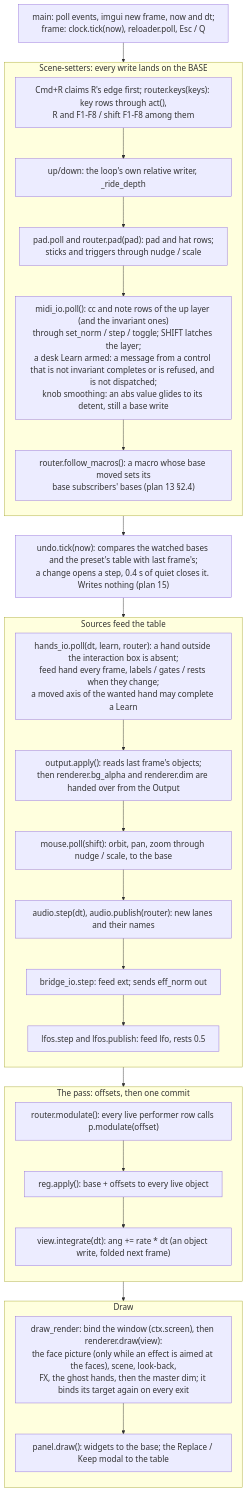
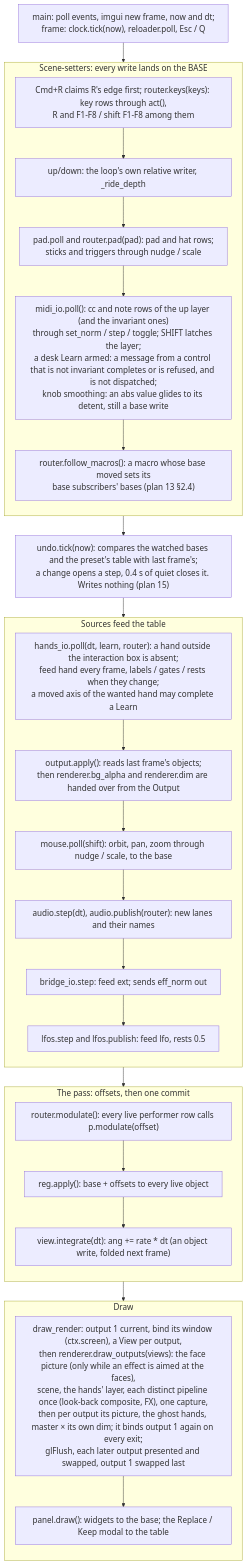
One commit to Cutaiar/hyperspace changed the diagram in hyperspace-python/docs/ARCHITECTURE.md. Above: the diagram before and after it, drawn with Mermaid. The commit also changed other lines of this file and 2 other files, not shown here.

First line of the commit message:
Plan 21 WP7: hand checks group Q (99-112), ARCHITECTURE and ENGINEERING

````diff
--- a/hyperspace-python/docs/ARCHITECTURE.md
+++ b/hyperspace-python/docs/ARCHITECTURE.md
@@ -78,43 +80,43 @@
 ```mermaid
 %%{init: {"themeVariables": {"fontSize": "18px"}, "flowchart": {"nodeSpacing": 28, "rankSpacing": 44, "wrappingWidth": 420}}}%%
 flowchart TB
     S0["main: poll events, imgui new frame, now and dt;<br/>frame: clock.tick(now), reloader.poll, Esc / Q"]
     subgraph setters ["Scene-setters: every write lands on the BASE"]
         direction TB
         S1["Cmd+R claims R's edge first; router.keys(keys): key rows through act(),<br/>R and F1-F8 / shift F1-F8 among them"]
         S2["up/down: the loop's own relative writer, _ride_depth"]
         S3["pad.poll and router.pad(pad): pad and hat rows;<br/>sticks and triggers through nudge / scale"]
         S4["midi_io.poll(): cc and note rows of the up layer (and the invariant ones)<br/>through set_norm / step / toggle; SHIFT latches the layer;<br/>a desk Learn armed: a message from a control that is not invariant completes or is refused, and is not dispatched;<br/>knob smoothing: an abs value glides to its detent, still a base write"]
         S4b["router.follow_macros(): a macro whose base moved sets its<br/>base subscribers' bases (plan 13 §2.4)"]
         S1 --> S2 --> S3 --> S4 --> S4b
     end
     U["undo.tick(now): compares the watched bases and the preset's table with last frame's;<br/>a change opens a step, 0.4 s of quiet closes it. Writes nothing (plan 15)"]
     subgraph feeds ["Sources feed the table"]
         direction TB
         S5["hands_io.poll(dt, learn, router): a hand outside the interaction box is absent;<br/>feed hand every frame, labels / gates / rests when they change;<br/>a moved axis of the wanted hand may complete a Learn"]
         S6["output.apply(): reads last frame's objects;<br/>then renderer.bg_alpha and renderer.dim are handed over from the Output"]
         S7["mouse.poll(shift): orbit, pan, zoom through nudge / scale, to the base"]
         S8["audio.step(dt), audio.publish(router): new lanes and their names"]
         S9["bridge_io.step: feed ext; sends eff_norm out"]
         S10["lfos.step and lfos.publish: feed lfo, rests 0.5"]
         S5 --> S6 --> S7 --> S8 --> S9 --> S10
     end
     subgraph pass ["The pass: offsets, then one commit"]
         direction TB
         S11["router.modulate(): every live performer row calls p.modulate(offset)"]
         S12["reg.apply(): base + offsets to every live object"]
         S13["view.integrate(dt): ang += rate * dt (an object write, folded next frame)"]
         S11 --> S12 --> S13
     end
     subgraph draw ["Draw"]
         direction TB
-        S14["draw_render: bind the window (ctx.screen), then renderer.draw(view):<br/>the face picture (only while an effect is aimed at the faces), scene, look-back,<br/>FX, the ghost hands, then the master dim; it binds its target again on every exit"]
+        S14["draw_render: output 1 current, bind its window (ctx.screen), a View per output,<br/>then renderer.draw_outputs(views): the face picture (only while an effect is aimed at the faces),<br/>scene, the hands' layer, each distinct pipeline once (look-back composite, FX), one capture,<br/>then per output its picture, the ghost hands, master × its own dim; it binds output 1 again on every exit;<br/>glFlush, each later output presented and swapped, output 1 swapped last"]
         S15["panel.draw(): widgets to the base; the Replace / Keep modal to the table"]
         S14 --> S15
     end
     S0 --> S1
     S4b --> U
     U --> S5
     S10 --> S11
     S13 --> S14
 ```
````
